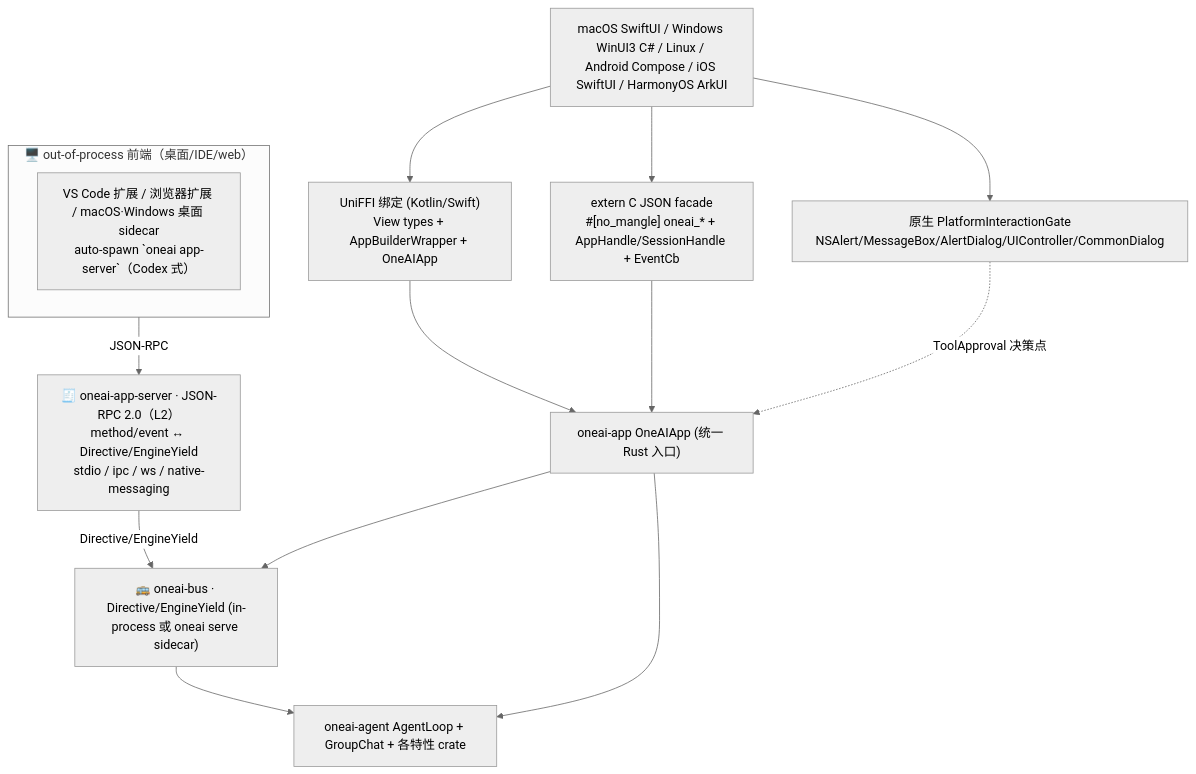
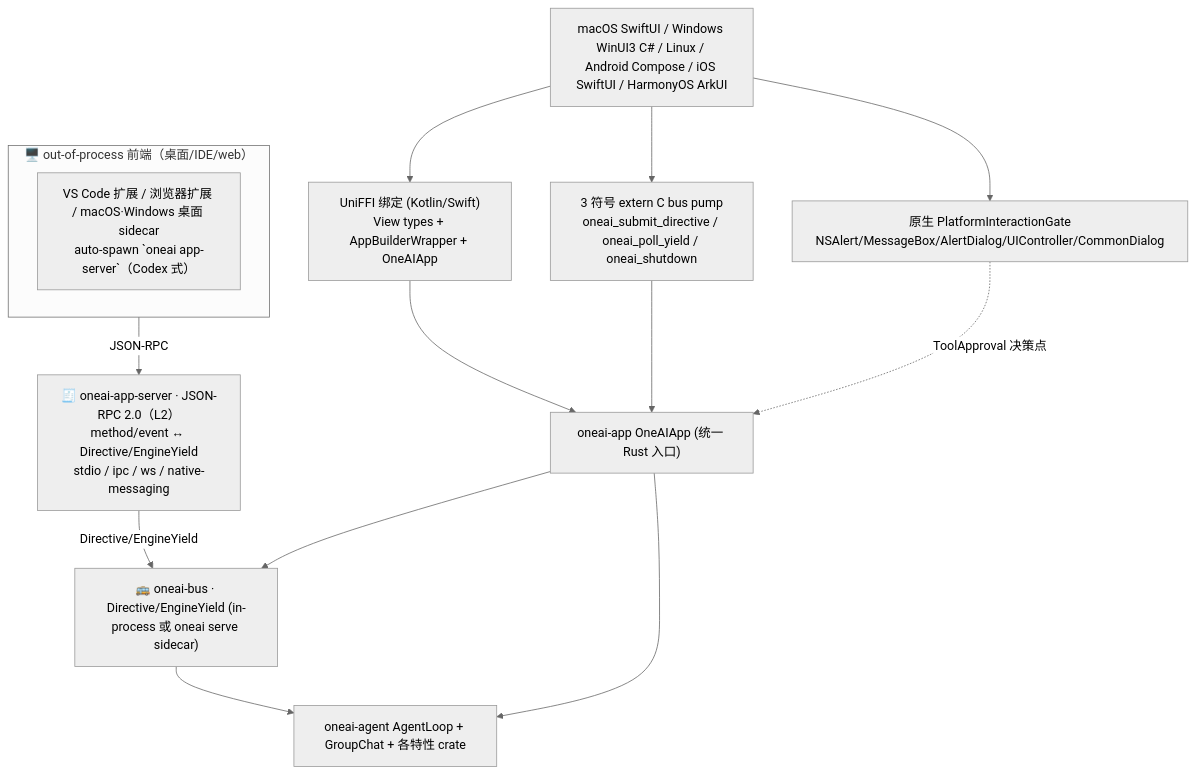
Before and after one commit to Marssssss/OneAI: the diagram in docs/cross-platform-mechanism.md, drawn with Mermaid (neutral theme). The commit also changed other lines of this file and 8 other files, not shown here.

````diff
--- a/docs/cross-platform-mechanism.md
+++ b/docs/cross-platform-mechanism.md
@@ -50,28 +53,28 @@
 ```mermaid
 flowchart TB
     subgraph FE2 ["🖥️ out-of-process 前端（桌面/IDE/web）"]
         direction LR
         Sidecar["VS Code 扩展 / 浏览器扩展 / macOS·Windows 桌面 sidecar<br/>auto-spawn `oneai app-server`（Codex 式）"]
     end
     AppServer["🧾 oneai-app-server · JSON-RPC 2.0（L2）<br/>method/event ↔ Directive/EngineYield<br/>stdio / ipc / ws / native-messaging"]
 
     Native["macOS SwiftUI / Windows WinUI3 C# / Linux / Android Compose / iOS SwiftUI / HarmonyOS ArkUI"]
     Uni["UniFFI 绑定 (Kotlin/Swift)<br/>View types + AppBuilderWrapper + OneAIApp"]
-    CFacade["extern C JSON facade<br/>#[no_mangle] oneai_* + AppHandle/SessionHandle + EventCb"]
+    CFacade["3 符号 extern C bus pump<br/>oneai_submit_directive / oneai_poll_yield / oneai_shutdown"]
     Bus["🚌 oneai-bus · Directive/EngineYield (in-process 或 oneai serve sidecar)"]
     App["oneai-app OneAIApp (统一 Rust 入口)"]
     Engine["oneai-agent AgentLoop + GroupChat + 各特性 crate"]
     Gates["原生 PlatformInteractionGate<br/>NSAlert/MessageBox/AlertDialog/UIController/CommonDialog"]
 
     Native --> Uni
     Native --> CFacade
     Uni --> App
     CFacade --> App
     App --> Bus
     Sidecar -->|JSON-RPC| AppServer
     AppServer -->|Directive/EngineYield| Bus
     Bus --> Engine
     App --> Engine
     Native --> Gates
     Gates -. ToolApproval 决策点 .-> App
 ```
````
